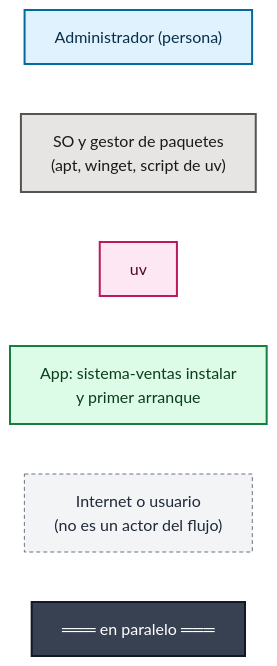
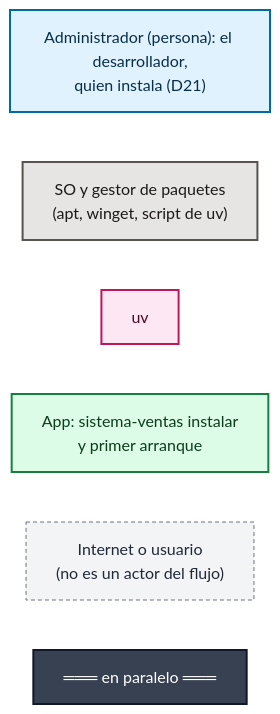
One commit to jesjack/sistema_ventas changed the diagram in v_3/docs/diagramas/instalacion_00_leyenda.mmd. Above: the diagram before and after it, drawn with Mermaid. The commit also changed 21 other files, not shown here.

```diff
--- a/v_3/docs/diagramas/instalacion_00_leyenda.mmd
+++ b/v_3/docs/diagramas/instalacion_00_leyenda.mmd
@@ -1,17 +1,17 @@
 %% leyenda
 %% Actores de la instalación (D16). Los pines OUT llevan el color del destino y los IN el del origen;
 %% cada cilindro lleva el color del actor que consigue esos datos.
 flowchart LR
-    L1["Administrador (persona)"]:::per
+    L1["Administrador (persona): el desarrollador,<br/>quien instala (D21)"]:::per
     L2["SO y gestor de paquetes<br/>(apt, winget, script de uv)"]:::ges
     L3["uv"]:::uv
     L4["App: sistema-ventas instalar<br/>y primer arranque"]:::app
     L5["Internet o usuario<br/>(no es un actor del flujo)"]:::ext
     L6["═══ en paralelo ═══"]:::par
     classDef par fill:#374151,stroke:#111827,color:#ffffff,stroke-width:2px
 
     classDef per fill:#e0f2fe,stroke:#0369a1,color:#082f49,stroke-width:2px
     classDef ges fill:#e7e5e4,stroke:#57534e,color:#1c1917,stroke-width:2px
     classDef uv fill:#fce7f3,stroke:#be185d,color:#500724,stroke-width:2px
     classDef app fill:#dcfce7,stroke:#15803d,color:#0b3d1c,stroke-width:2px
     classDef ext fill:#f3f4f6,stroke:#6b7280,color:#1f2937,stroke-width:1px,stroke-dasharray:4 3
```
